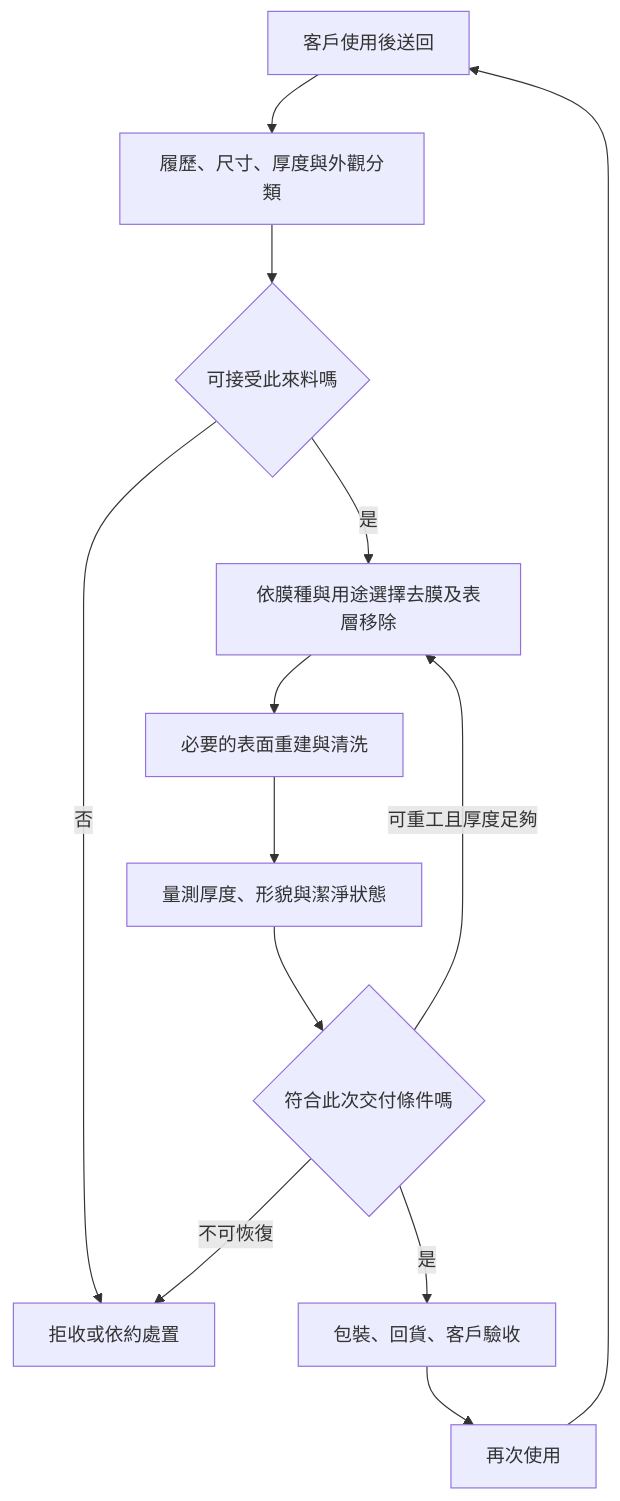
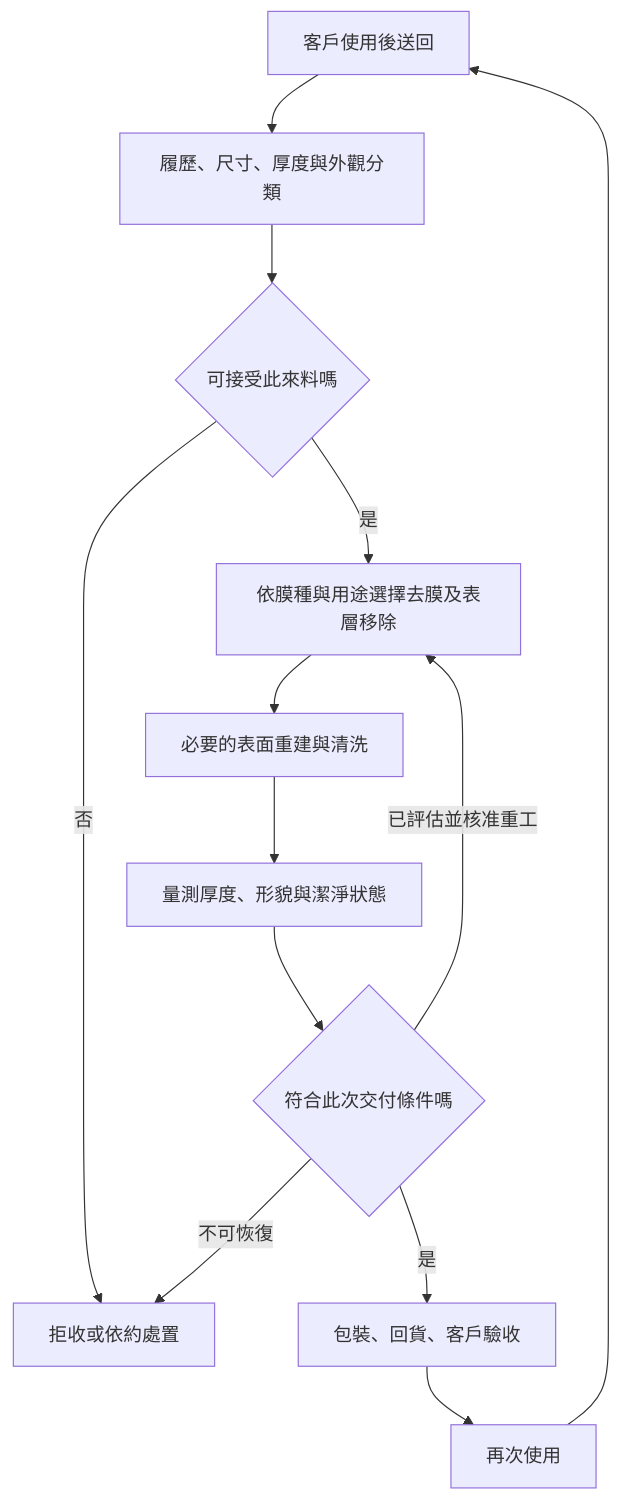
The diagram in docs/psi/02-reclaim-loop.md (wizardhsiehcom/book), drawn with Mermaid before and after one commit. The commit also changed other lines of this file and 26 other files, not shown here.

````diff
--- a/docs/psi/02-reclaim-loop.md
+++ b/docs/psi/02-reclaim-loop.md
@@ -15,15 +15,15 @@
 ```mermaid
 flowchart TD
     A["客戶使用後送回"] --> B["履歷、尺寸、厚度與外觀分類"]
     B --> C{"可接受此來料嗎"}
     C -->|"否"| X["拒收或依約處置"]
     C -->|"是"| D["依膜種與用途選擇去膜及表層移除"]
     D --> E["必要的表面重建與清洗"]
     E --> F["量測厚度、形貌與潔淨狀態"]
     F --> G{"符合此次交付條件嗎"}
     G -->|"是"| H["包裝、回貨、客戶驗收"]
     H --> I["再次使用"]
     I --> A
-    G -->|"可重工且厚度足夠"| D
+    G -->|"已評估並核准重工"| D
     G -->|"不可恢復"| X
 ```
````
